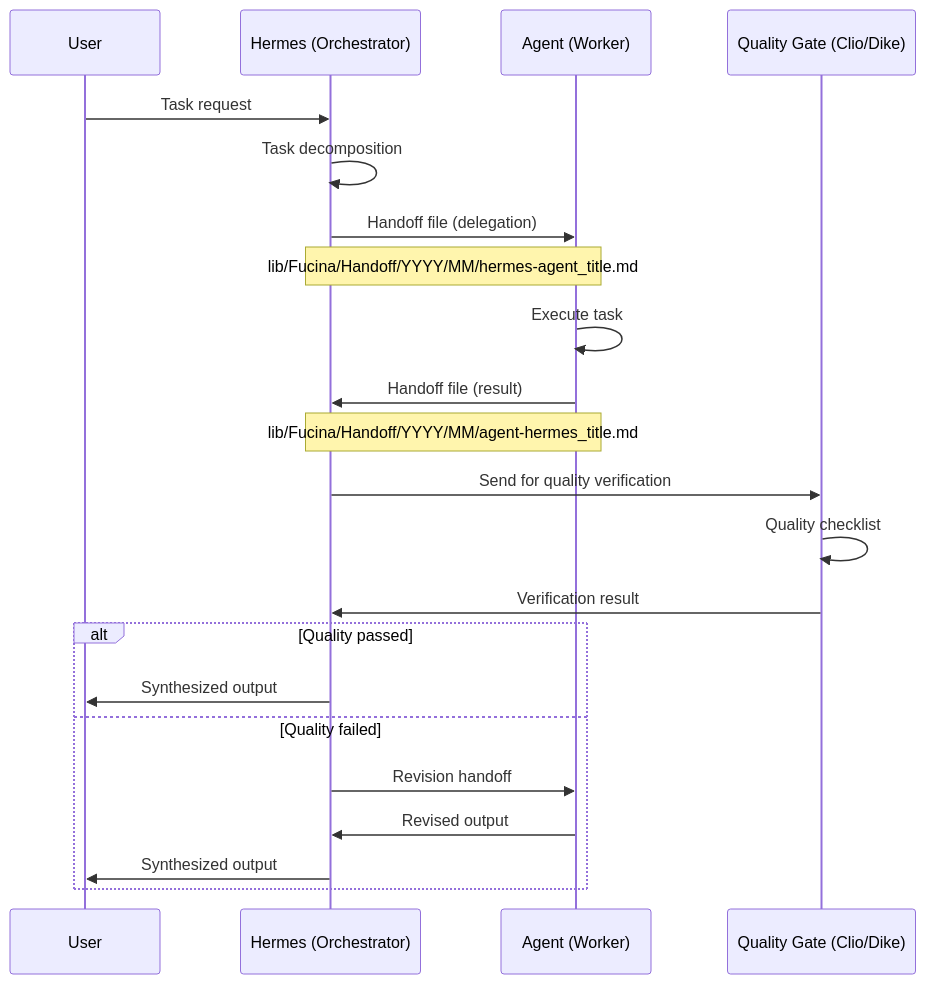
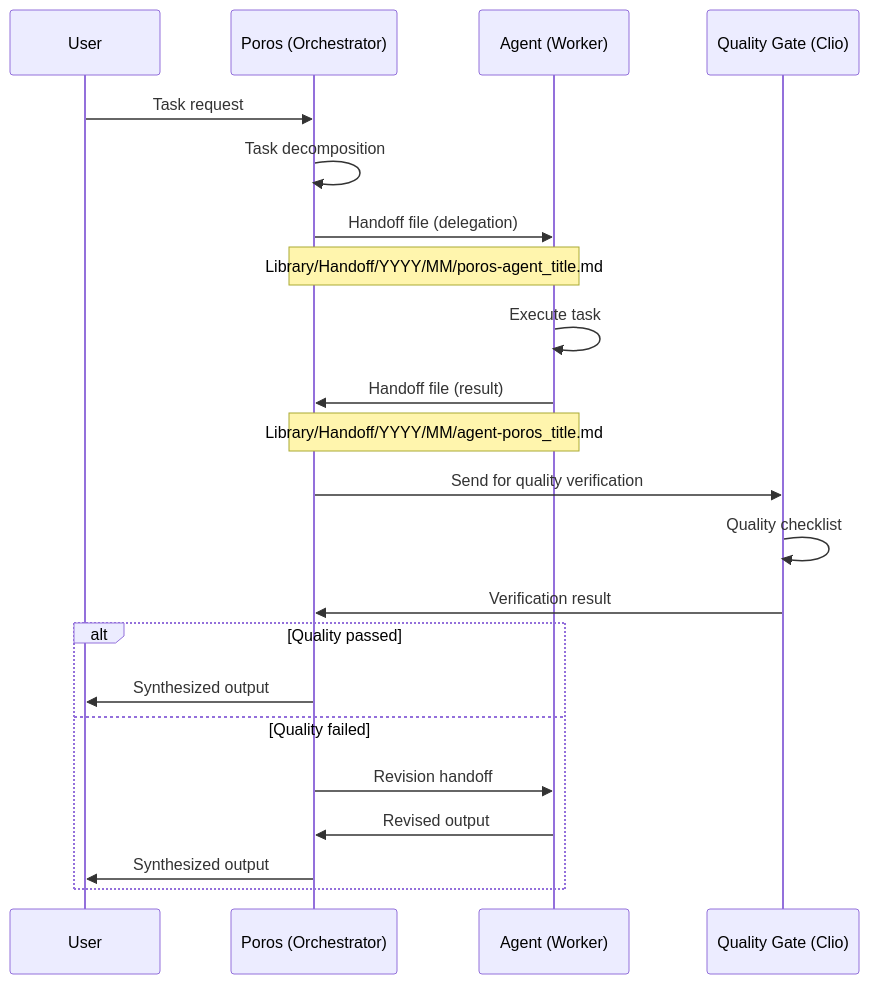
Before and after one commit to teamolimpo/TeamOlimpo: the second of 5 diagrams in paper/whitepaper.md, drawn with Mermaid. The commit also changed other lines of this file and 2 other files, not shown here.

Commit message:
Update whitepaper: Poros rename, GitHub org, synapsis consolidation, deliverable hash system

````diff
--- a/paper/whitepaper.md
+++ b/paper/whitepaper.md
@@ -202,28 +243,28 @@
 ```mermaid
 sequenceDiagram
     participant U as User
-    participant H as Hermes (Orchestrator)
+    participant P as Poros (Orchestrator)
     participant A as Agent (Worker)
-    participant Q as Quality Gate (Clio/Dike)
+    participant Q as Quality Gate (Clio)
     
-    U->>H: Task request
-    H->>H: Task decomposition
-    H->>A: Handoff file (delegation)
-    Note over H,A: lib/Fucina/Handoff/YYYY/MM/hermes-agent_title.md
+    U->>P: Task request
+    P->>P: Task decomposition
+    P->>A: Handoff file (delegation)
+    Note over P,A: Library/Handoff/YYYY/MM/poros-agent_title.md
     
     A->>A: Execute task
-    A->>H: Handoff file (result)
-    Note over A,H: lib/Fucina/Handoff/YYYY/MM/agent-hermes_title.md
+    A->>P: Handoff file (result)
+    Note over A,P: Library/Handoff/YYYY/MM/agent-poros_title.md
     
-    H->>Q: Send for quality verification
+    P->>Q: Send for quality verification
     Q->>Q: Quality checklist
-    Q->>H: Verification result
+    Q->>P: Verification result
     
     alt Quality passed
-        H->>U: Synthesized output
+        P->>U: Synthesized output
     else Quality failed
-        H->>A: Revision handoff
-        A->>H: Revised output
-        H->>U: Synthesized output
+        P->>A: Revision handoff
+        A->>P: Revised output
+        P->>U: Synthesized output
     end
 ```
````
